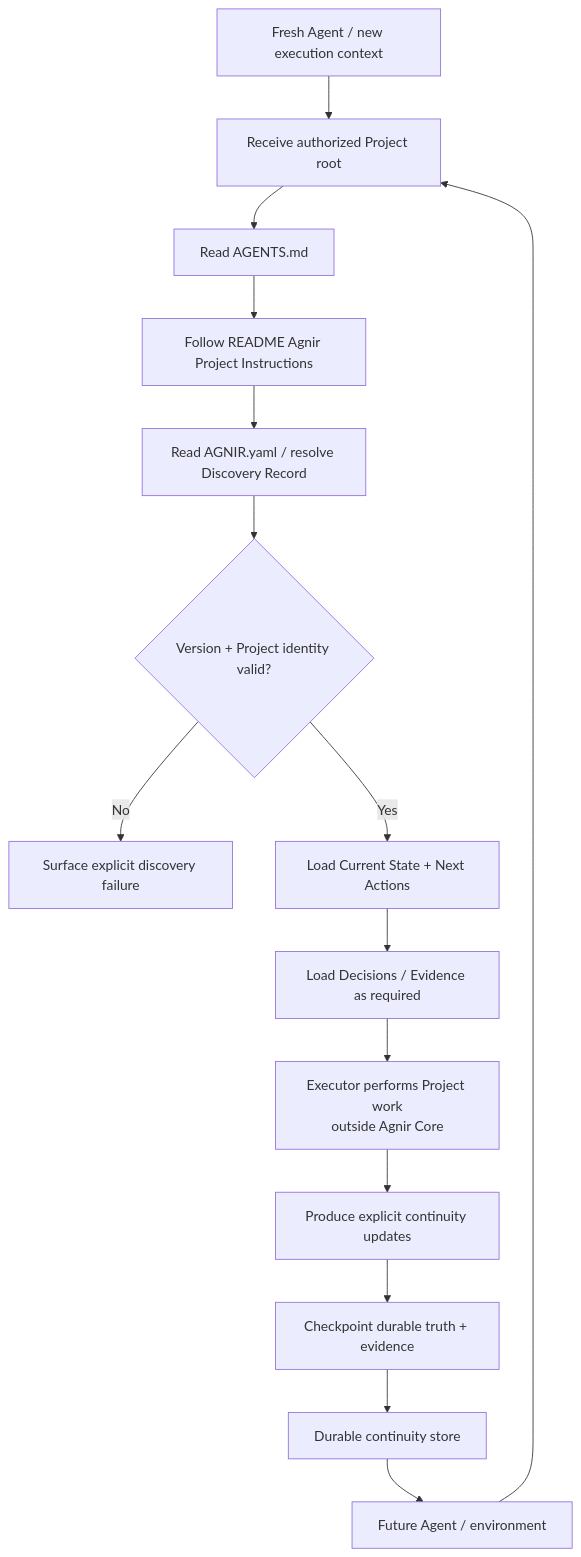
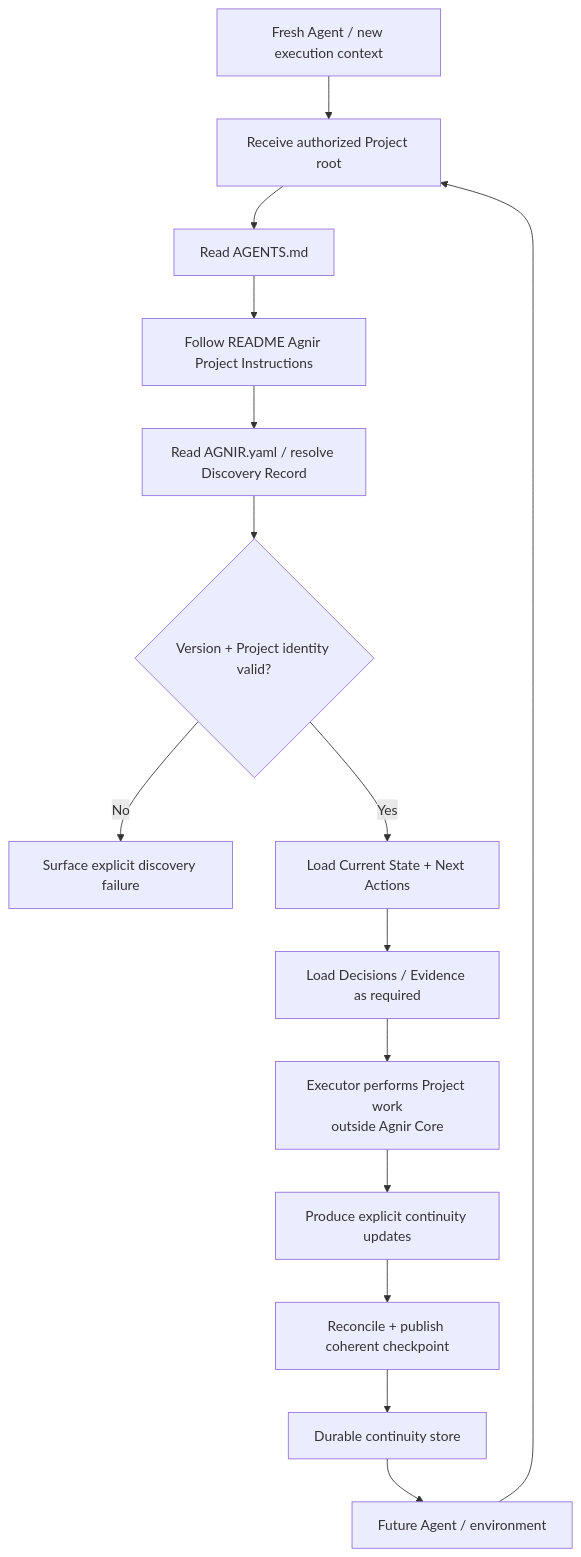
One commit to iorLab/agnir changed the second of 2 diagrams in README.md. Above: the diagram before and after it, drawn with Mermaid. The commit also changed other lines of this file and 15 other files, not shown here.

````diff
--- a/README.md
+++ b/README.md
@@ -108,17 +110,17 @@
 ```mermaid
 flowchart TD
     C[Fresh Agent / new execution context] --> P[Receive authorized Project root]
     P --> A[Read AGENTS.md]
     A --> I[Follow README Agnir Project Instructions]
     I --> R[Read AGNIR.yaml / resolve Discovery Record]
     R --> V{Version + Project identity valid?}
     V -- No --> F[Surface explicit discovery failure]
     V -- Yes --> L[Load Current State + Next Actions]
     L --> Q[Load Decisions / Evidence as required]
     Q --> W[Executor performs Project work\noutside Agnir Core]
     W --> U[Produce explicit continuity updates]
-    U --> K[Checkpoint durable truth + evidence]
+    U --> K[Reconcile + publish coherent checkpoint]
     K --> S[Durable continuity store]
     S --> N[Future Agent / environment]
     N --> P
 ```
````
